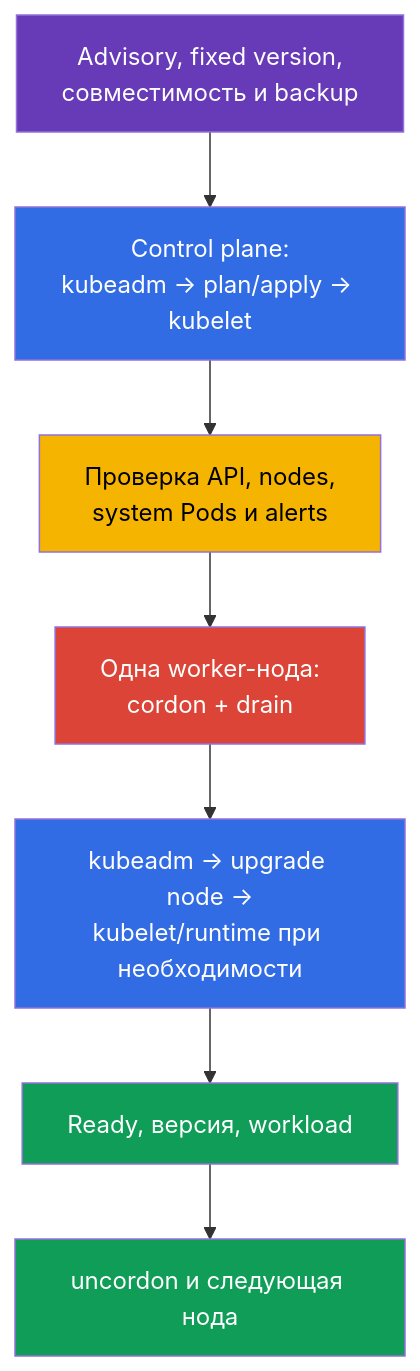
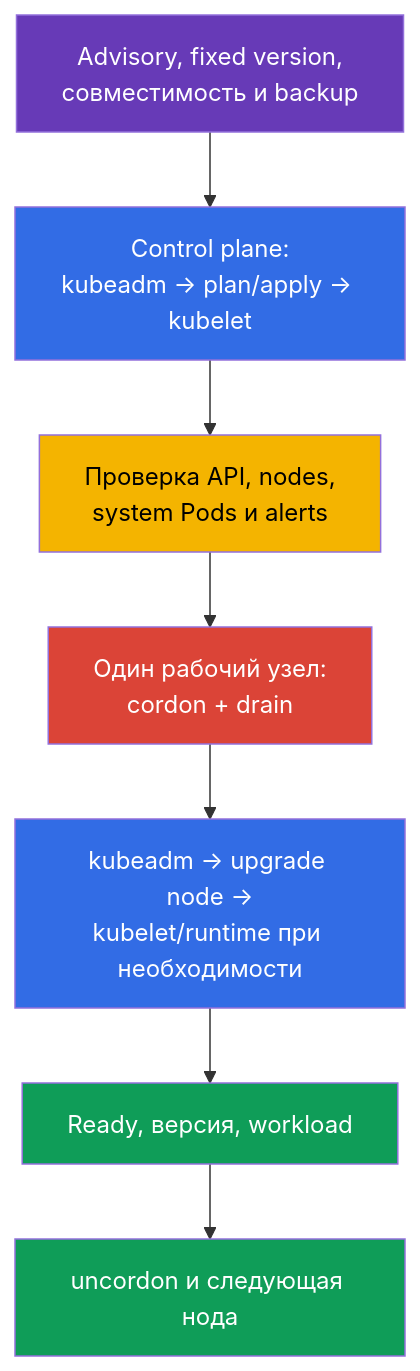
Before and after one commit to ViktorUJ/cks: the third of 3 diagrams in tasks/cks/course/13/ru.md, drawn with Mermaid. The commit also changed other lines of this file and 62 other files, not shown here.

````diff
--- a/tasks/cks/course/13/ru.md
+++ b/tasks/cks/course/13/ru.md
@@ -158,16 +158,16 @@
 ```mermaid
 flowchart TB
     plan["Advisory, fixed version,\nсовместимость и backup"] --> cp["Control plane:\nkubeadm -> plan/apply -> kubelet"]
     cp --> health["Проверка API, nodes,\nsystem Pods и alerts"]
-    health --> drain["Одна worker-нода:\ncordon + drain"]
+    health --> drain["Один рабочий узел:\ncordon + drain"]
     drain --> node["kubeadm -> upgrade node ->\nkubelet/runtime при необходимости"]
     node --> verify["Ready, версия, workload"]
     verify --> uncordon["uncordon и следующая нода"]
     style plan fill:#673ab7,color:#fff
     style cp fill:#326ce5,color:#fff
     style health fill:#f4b400,color:#000
     style drain fill:#db4437,color:#fff
     style node fill:#326ce5,color:#fff
     style verify fill:#0f9d58,color:#fff
     style uncordon fill:#0f9d58,color:#fff
 ```
````
